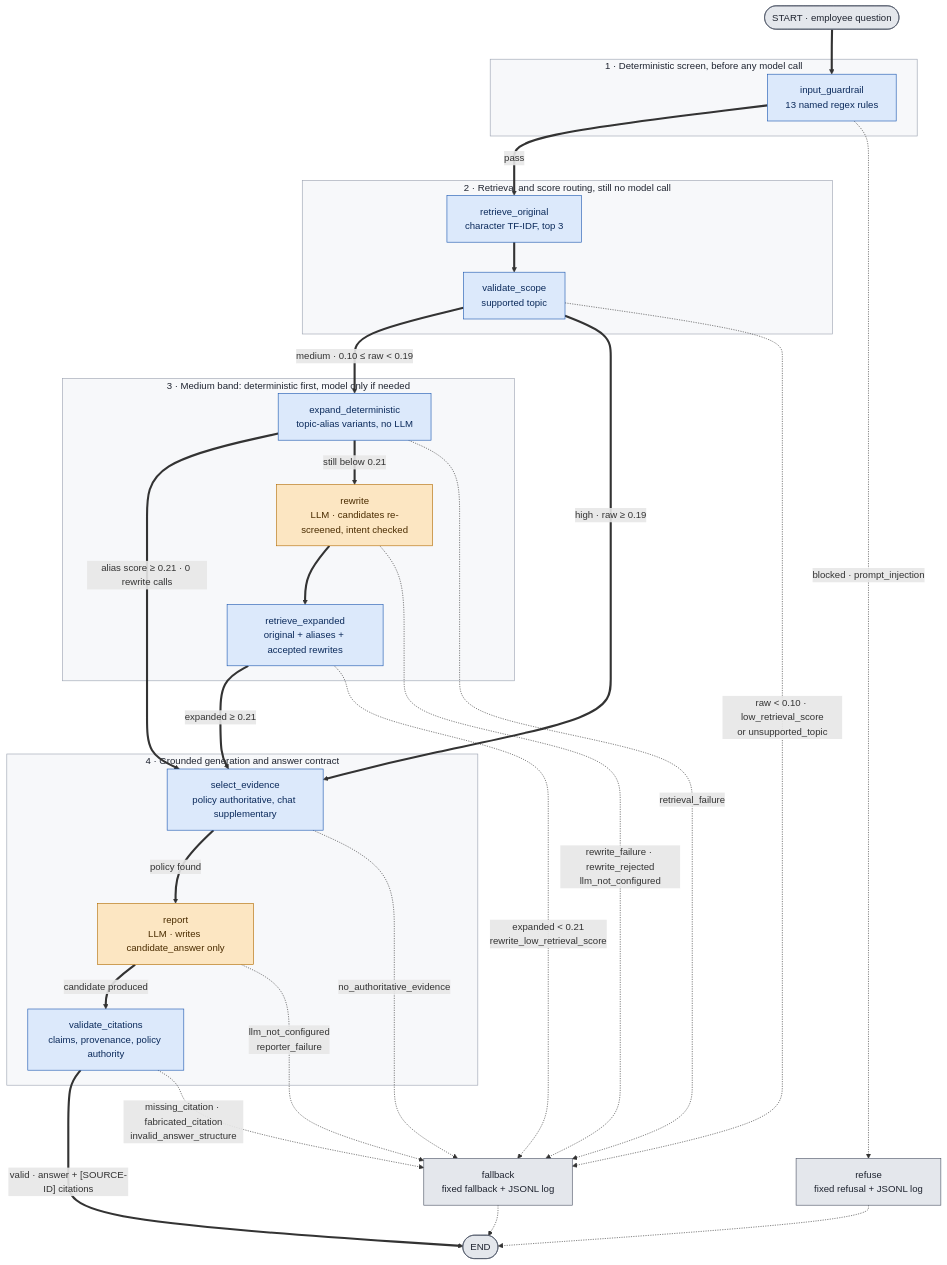
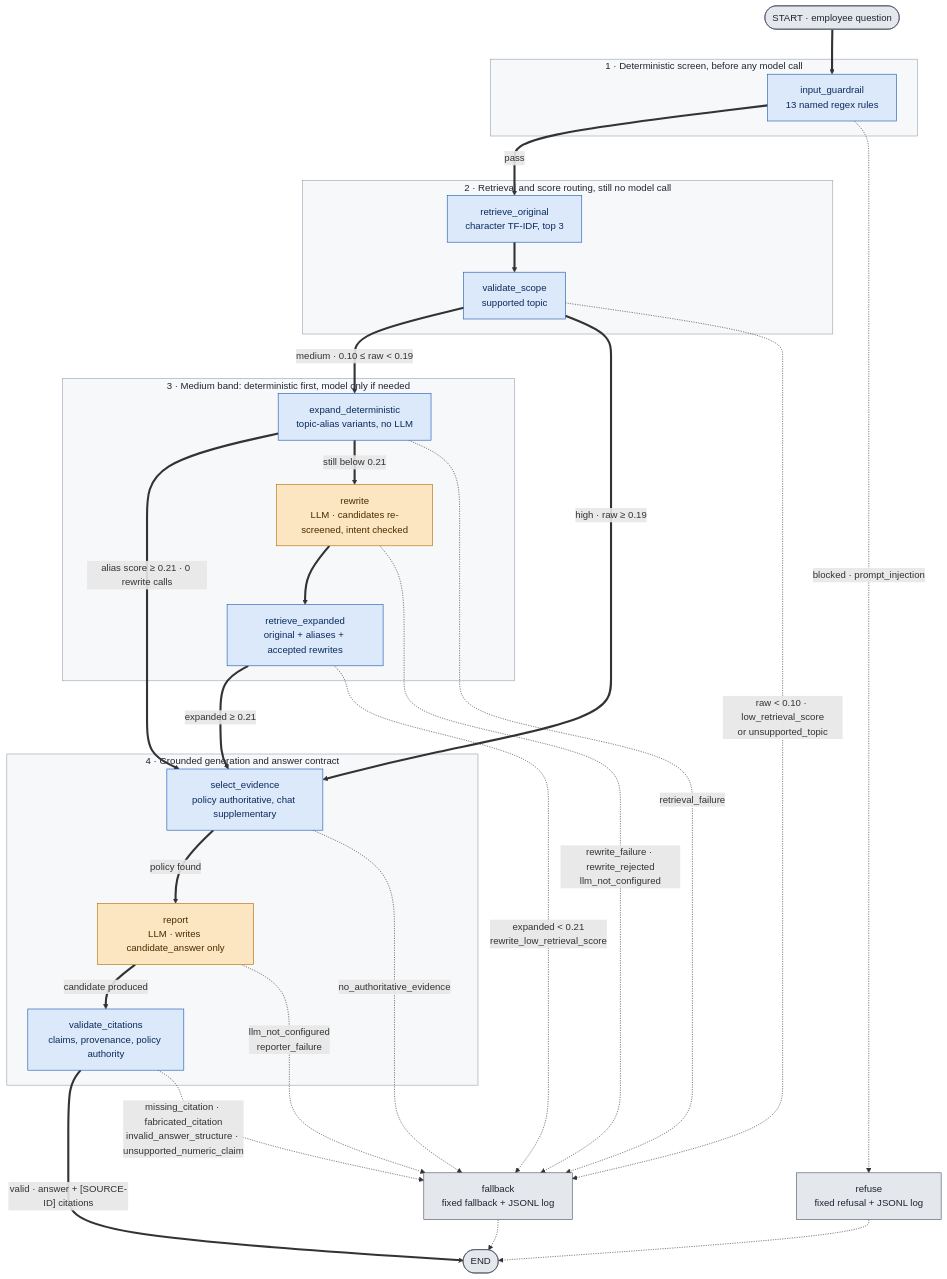
One commit to Sayomphon/Enterprise_Knowledge_Support_Agent changed the diagram in README.md. Above: the diagram before and after it, drawn with Mermaid. The commit also changed other lines of this file and 8 other files, not shown here.

````diff
--- a/README.md
+++ b/README.md
@@ -117,58 +117,58 @@
 ```mermaid
 flowchart TD
     Q(["START &middot; employee question"]):::term
 
     subgraph G1["1 &middot; Deterministic screen, before any model call"]
         IG["input_guardrail<br/>13 named regex rules"]:::det
     end
 
     subgraph G2["2 &middot; Retrieval and score routing, still no model call"]
         RO["retrieve_original<br/>character TF-IDF, top 3"]:::det
         VS["validate_scope<br/>supported topic"]:::det
     end
 
     subgraph G3["3 &middot; Medium band: deterministic first, model only if needed"]
         EX["expand_deterministic<br/>topic-alias variants, no LLM"]:::det
         RW["rewrite<br/>LLM &middot; candidates re-screened, intent checked"]:::llm
         RE["retrieve_expanded<br/>original + aliases + accepted rewrites"]:::det
     end
 
     subgraph G4["4 &middot; Grounded generation and answer contract"]
         SE["select_evidence<br/>policy authoritative, chat supplementary"]:::det
         RP["report<br/>LLM &middot; writes candidate_answer only"]:::llm
         VC["validate_citations<br/>claims, provenance, policy authority"]:::det
     end
 
     REF["refuse<br/>fixed refusal + JSONL log"]:::term
     FB["fallback<br/>fixed fallback + JSONL log"]:::term
     EN(["END"]):::term
 
     Q ==> IG
     IG ==>|pass| RO
     IG -. "blocked &middot; prompt_injection" .-> REF
     RO ==> VS
     VS ==>|"medium &middot; 0.10 &le; raw &lt; 0.19"| EX
     VS ==>|"high &middot; raw &ge; 0.19"| SE
     VS -. "raw &lt; 0.10 &middot; low_retrieval_score<br/>or unsupported_topic" .-> FB
     EX ==>|"alias score &ge; 0.21 &middot; 0 rewrite calls"| SE
     EX ==>|"still below 0.21"| RW
     EX -. "retrieval_failure" .-> FB
     RW ==> RE
     RE ==>|"expanded &ge; 0.21"| SE
     RE -. "expanded &lt; 0.21<br/>rewrite_low_retrieval_score" .-> FB
     RW -. "rewrite_failure &middot; rewrite_rejected<br/>llm_not_configured" .-> FB
     SE ==>|"policy found"| RP
     SE -. "no_authoritative_evidence" .-> FB
     RP ==>|"candidate produced"| VC
     RP -. "llm_not_configured<br/>reporter_failure" .-> FB
     VC ==>|"valid &middot; answer + [SOURCE-ID] citations"| EN
-    VC -. "missing_citation &middot; fabricated_citation<br/>invalid_answer_structure" .-> FB
+    VC -. "missing_citation &middot; fabricated_citation<br/>invalid_answer_structure &middot; unsupported_numeric_claim" .-> FB
     REF -.-> EN
     FB -.-> EN
 
     classDef det fill:#DCE9FB,stroke:#1A56B0,color:#0B2A5B
     classDef llm fill:#FCE6C2,stroke:#B26A00,color:#4A2C00
     classDef term fill:#E4E7EC,stroke:#4B5364,color:#1F2430
     classDef band fill:#F7F8FA,stroke:#9AA1B0,color:#1F2430
     class G1,G2,G3,G4 band
 ```
````
